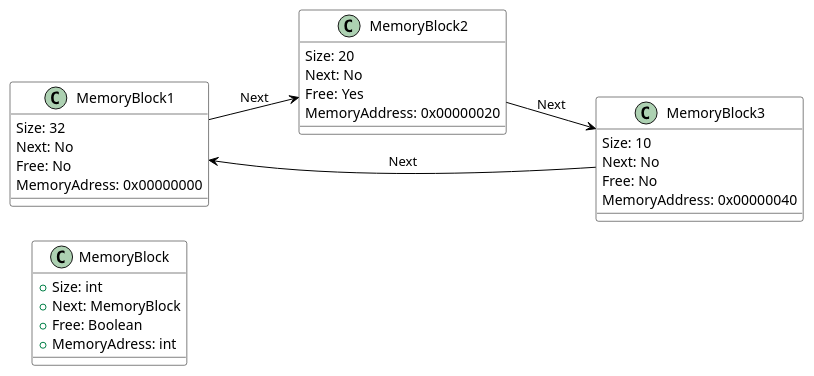
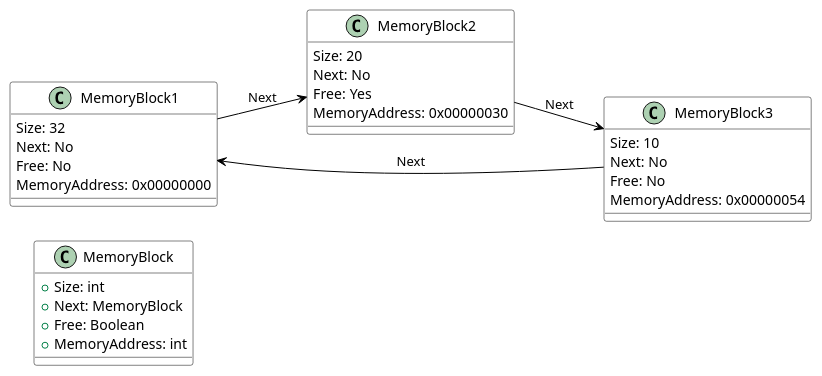
Before and after one commit to SetareIzadi/Assignment-2---Operating-Systems: the diagram in LinkedList.puml, drawn with PlantUML. The commit also changed 1 other file, not shown here.

```diff
--- a/LinkedList.puml
+++ b/LinkedList.puml
@@ -1,36 +1,36 @@
 @startuml
 skinparam class {
     BackgroundColor White
     BorderColor Black
     ArrowColor Black
     RoundCorner 20
 }
 
 left to right direction
 
 class MemoryBlock {
     + Size: int
     + Next: MemoryBlock
     + Free: Boolean
-    + MemoryAdress: int
+    + MemoryAddress: int
 }
 
 MemoryBlock1 : Size: 32
 MemoryBlock1 : Next: No
 MemoryBlock1 : Free: No
-MemoryBlock1 : MemoryAdress: 0x00000000
+MemoryBlock1 : MemoryAddress: 0x00000000
 MemoryBlock1 --> MemoryBlock2 : Next
 
 MemoryBlock2 : Size: 20
 MemoryBlock2 : Next: No
 MemoryBlock2 : Free: Yes
-MemoryBlock2 : MemoryAddress: 0x00000020
+MemoryBlock2 : MemoryAddress: 0x00000030
 MemoryBlock2 --> MemoryBlock3 : Next
 
 MemoryBlock3 : Size: 10
 MemoryBlock3 : Next: No
 MemoryBlock3 : Free: No
-MemoryBlock3 : MemoryAddress: 0x00000040
+MemoryBlock3 : MemoryAddress: 0x00000054
 MemoryBlock3 --> MemoryBlock1 : Next
 
 @enduml
```
